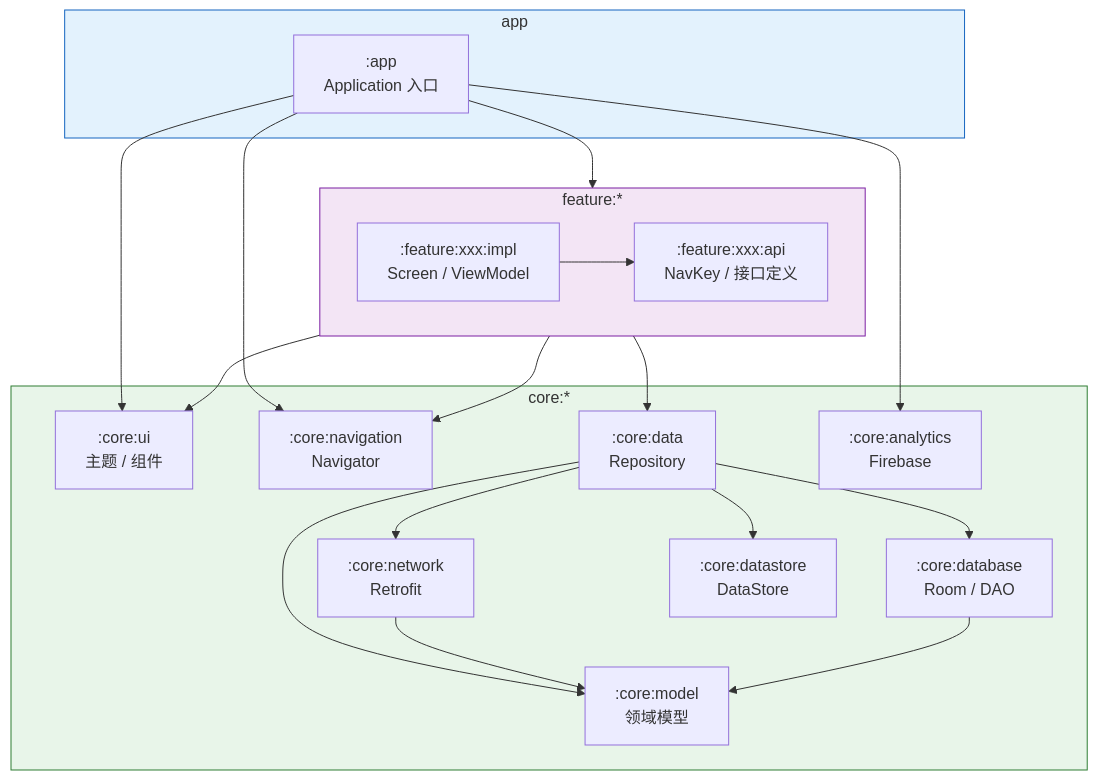
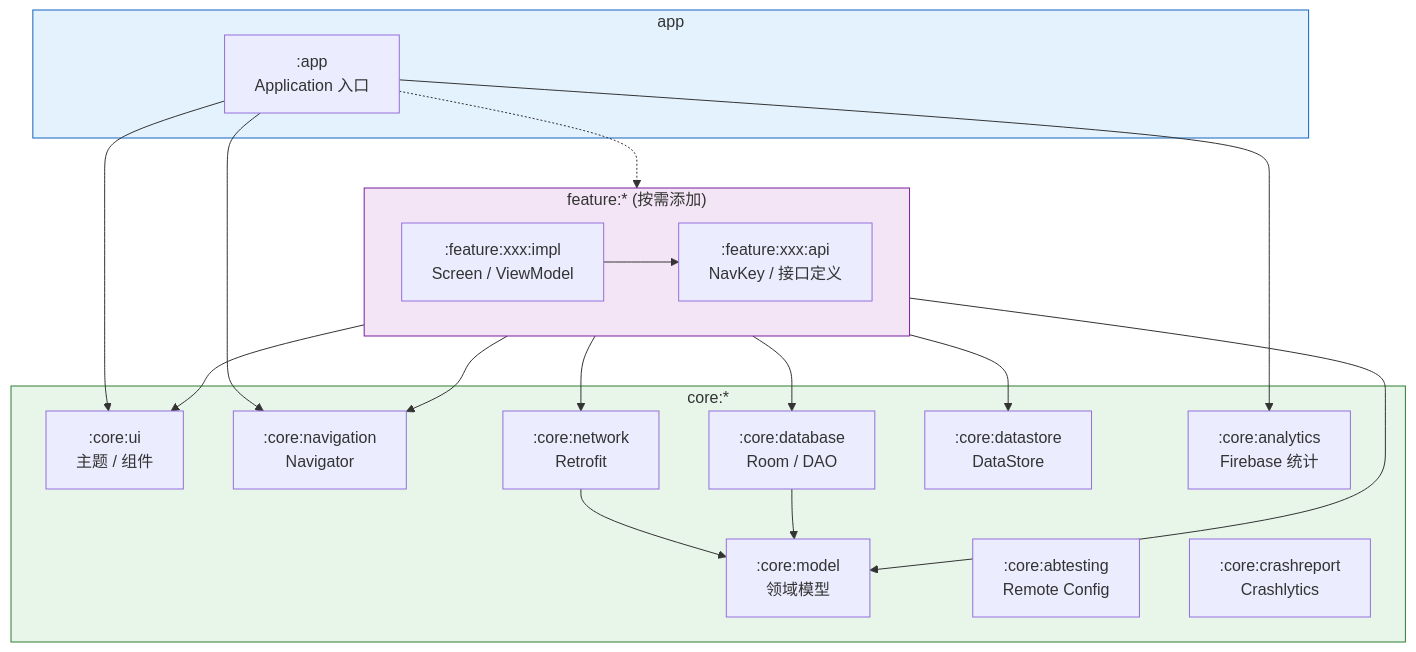
One commit to e-hai/Architecture changed the diagram in AGENTS.md. Above: the diagram before and after it, drawn with Mermaid. The commit also changed other lines of this file and 90 other files, not shown here.

````diff
--- a/AGENTS.md
+++ b/AGENTS.md
@@ -11,42 +13,42 @@
 ```mermaid
 flowchart TD
     subgraph App["app"]
         app[":app<br/>Application 入口"]
     end
 
-    subgraph Feature["feature:*"]
+    subgraph Feature["feature:* (按需添加)"]
         direction LR
         feat_api[":feature:xxx:api<br/>NavKey / 接口定义"]
         feat_impl[":feature:xxx:impl<br/>Screen / ViewModel"]
         feat_impl --> feat_api
     end
 
     subgraph Core["core:*"]
         core_ui[":core:ui<br/>主题 / 组件"]
         core_nav[":core:navigation<br/>Navigator"]
-        core_data[":core:data<br/>Repository"]
         core_database[":core:database<br/>Room / DAO"]
         core_network[":core:network<br/>Retrofit"]
         core_datastore[":core:datastore<br/>DataStore"]
         core_model[":core:model<br/>领域模型"]
-        core_analytics[":core:analytics<br/>Firebase"]
+        core_analytics[":core:analytics<br/>Firebase 统计"]
+        core_abtesting[":core:abtesting<br/>Remote Config"]
+        core_crashreport[":core:crashreport<br/>Crashlytics"]
     end
 
-    app --> feat_impl
+    app -.-> feat_impl
     app --> core_nav
     app --> core_ui
     app --> core_analytics
-    feat_impl --> core_data
+    feat_impl --> core_database
+    feat_impl --> core_network
+    feat_impl --> core_datastore
+    feat_impl --> core_model
     feat_impl --> core_ui
     feat_impl --> core_nav
-    core_data --> core_database
-    core_data --> core_network
-    core_data --> core_datastore
-    core_data --> core_model
     core_network --> core_model
     core_database --> core_model
 
     style App fill:#e3f2fd,stroke:#1565c0
     style Feature fill:#f3e5f5,stroke:#7b1fa2
     style Core fill:#e8f5e9,stroke:#2e7d32
 ```
````
